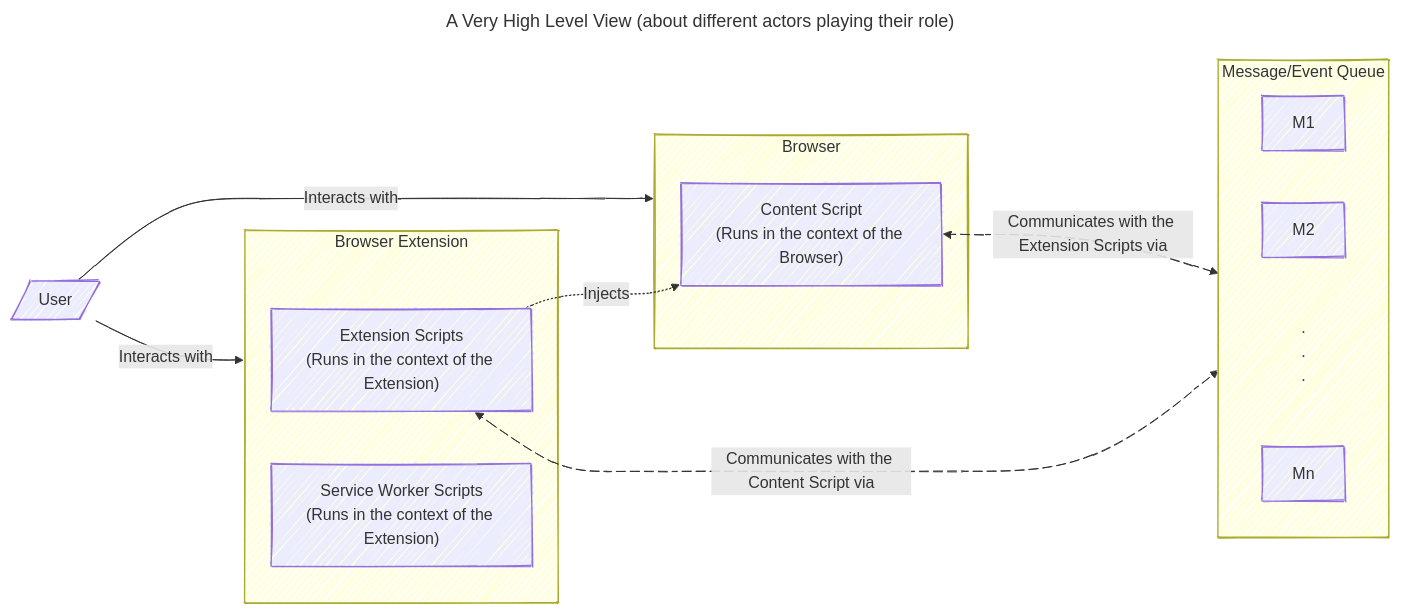
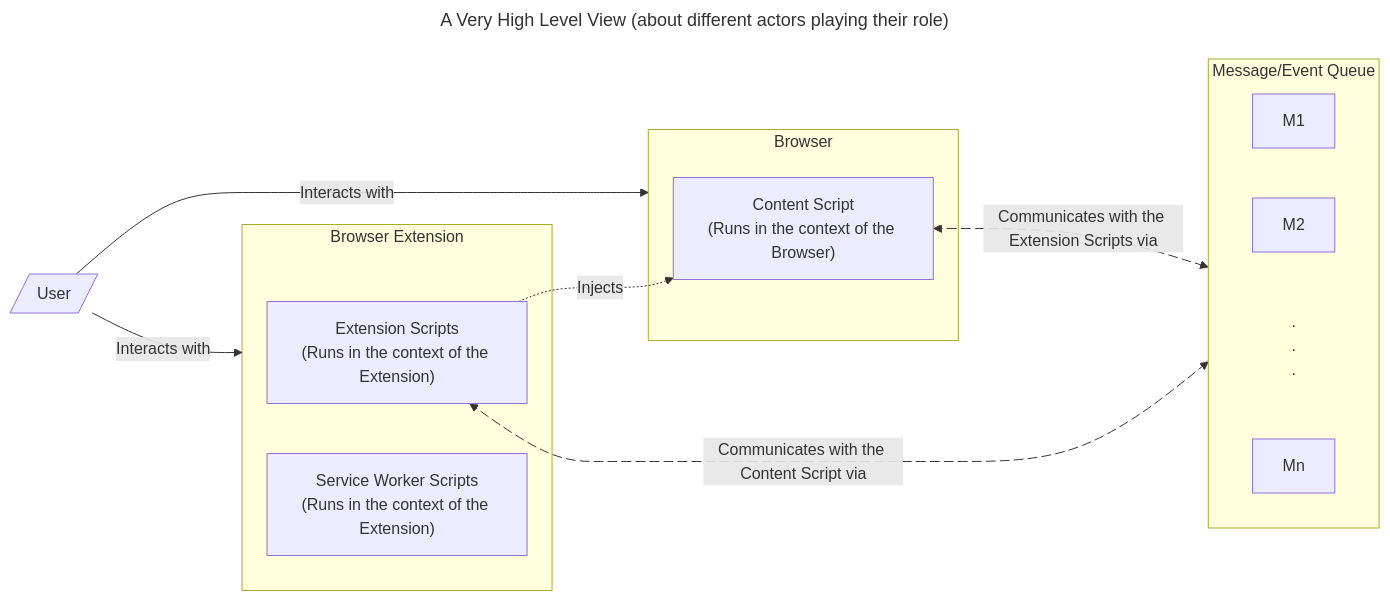
Before and after one commit to SantoshKShettyApps/git-flow-2-forked: the first of 4 diagrams in README.md, drawn with Mermaid.

````diff
--- a/README.md
+++ b/README.md
@@ -5,31 +5,29 @@
 ```mermaid
 ---
 title: A Very High Level View (about different actors playing their role)
-config:
-  look: handDrawn
 ---
 %%{init: {"flowchart": {"diagramPadding": 150}}}%%
 graph LR
   subgraph B [Browser]
     CS["Content Script\n(Runs in the context of the Browser)"]
   end
   subgraph BE [Browser Extension]
     ES["Extension Scripts\n(Runs in the context of the Extension)"]
     SW["Service Worker Scripts\n(Runs in the context of the Extension)"]
   end
   subgraph MQ [Message/Event Queue]
     direction LR
     M1
     M2
     M@{ shape: text, label: ".\n.\n." }
     Mn
   end
 
   U[/User/] --> |Interacts with| B
   U --> |Interacts with| BE
   ES -.-> |Injects| CS
   CS e1@<--> |Communicates with the Extension Scripts via| MQ
   ES e2@<--> |Communicates with the Content Script via| MQ
   e1@{ animate: true }
   e2@{ animate: true }
 ```
````
